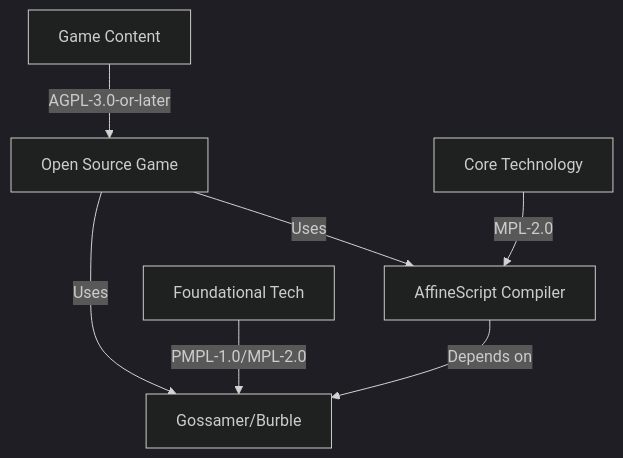
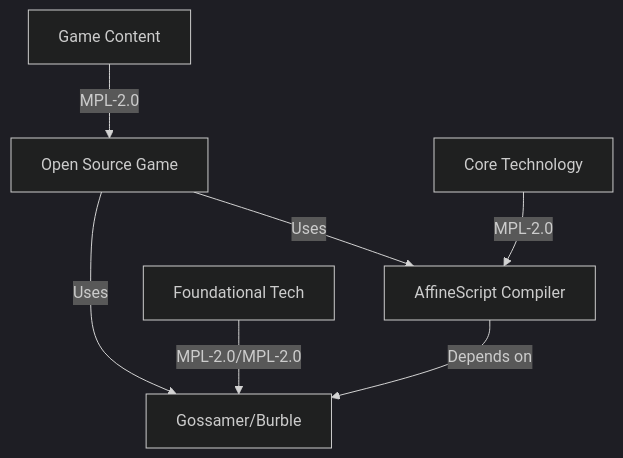
One commit to hyperpolymath/bofj-kitt changed the diagram in affinescript/LICENSING-GUIDE.md. Above: the diagram before and after it, drawn with Mermaid (dark theme). The commit also changed other lines of this file and 364 other files, not shown here.

````diff
--- a/affinescript/LICENSING-GUIDE.md
+++ b/affinescript/LICENSING-GUIDE.md
@@ -69,10 +73,10 @@
 ```mermaid
 graph TD
-    A[Game Content] -->|AGPL-3.0-or-later| B[Open Source Game]
+    A[Game Content] -->|MPL-2.0| B[Open Source Game]
     C[Core Technology] -->|MPL-2.0| D[AffineScript Compiler]
-    E[Foundational Tech] -->|PMPL-1.0/MPL-2.0| F[Gossamer/Burble]
+    E[Foundational Tech] -->|MPL-2.0/MPL-2.0| F[Gossamer/Burble]
     
     B -->|Uses| D
     B -->|Uses| F
     D -->|Depends on| F
 ```
````
